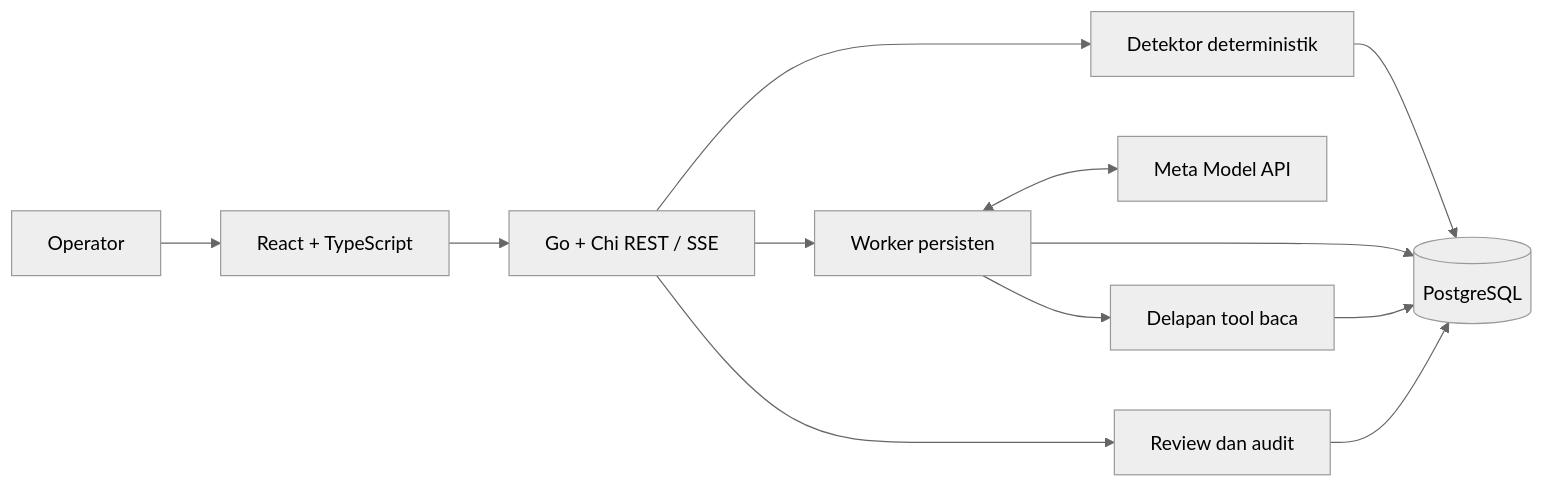
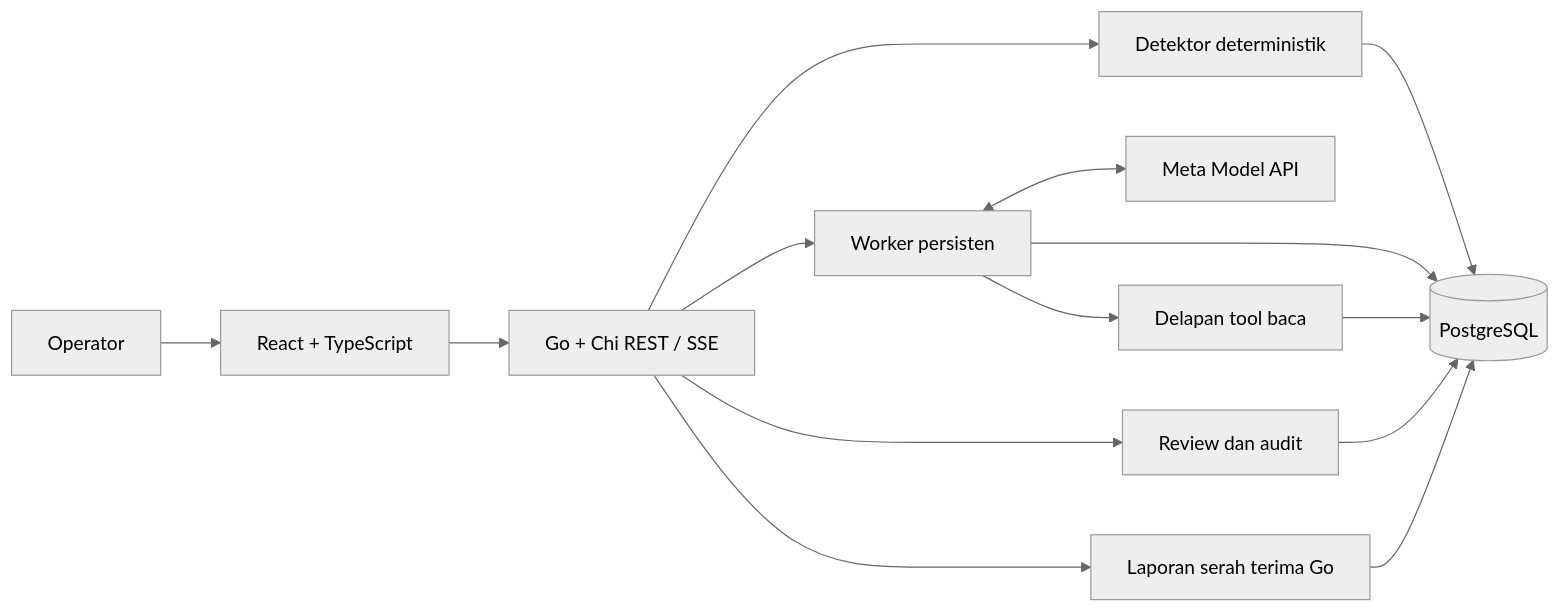
The diagram in docs/ARCHITECTURE.md (Tegar234-koplox/ops-mind-ai), drawn with Mermaid (neutral theme) before and after one commit. The commit also changed other lines of this file and 29 other files, not shown here.

````diff
--- a/docs/ARCHITECTURE.md
+++ b/docs/ARCHITECTURE.md
@@ -4,14 +4,16 @@
 ```mermaid
 flowchart LR
   U[Operator] --> F[React + TypeScript]
   F --> A[Go + Chi REST / SSE]
   A --> D[Detektor deterministik]
   A --> W[Worker persisten]
   D --> P[(PostgreSQL)]
   W --> P
   W <--> M[Meta Model API]
   W --> T[Delapan tool baca]
   T --> P
   A --> R[Review dan audit]
   R --> P
+  A --> H[Laporan serah terima Go]
+  H --> P
 ```
````
